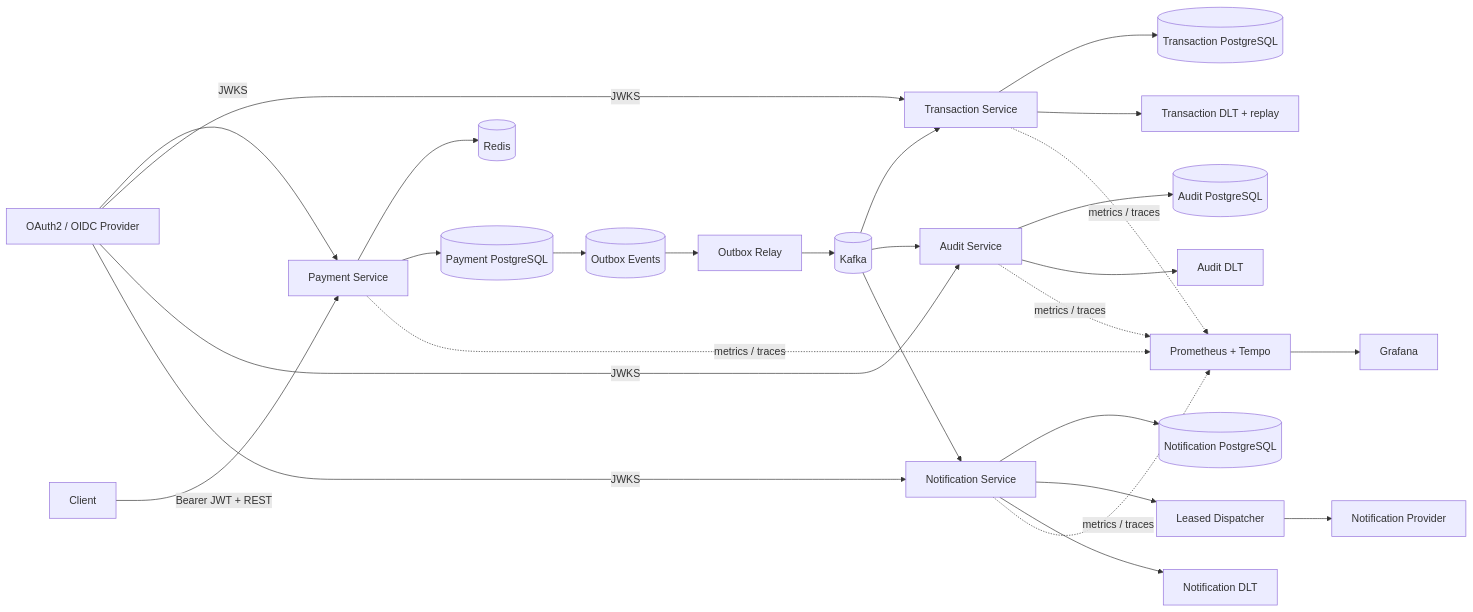
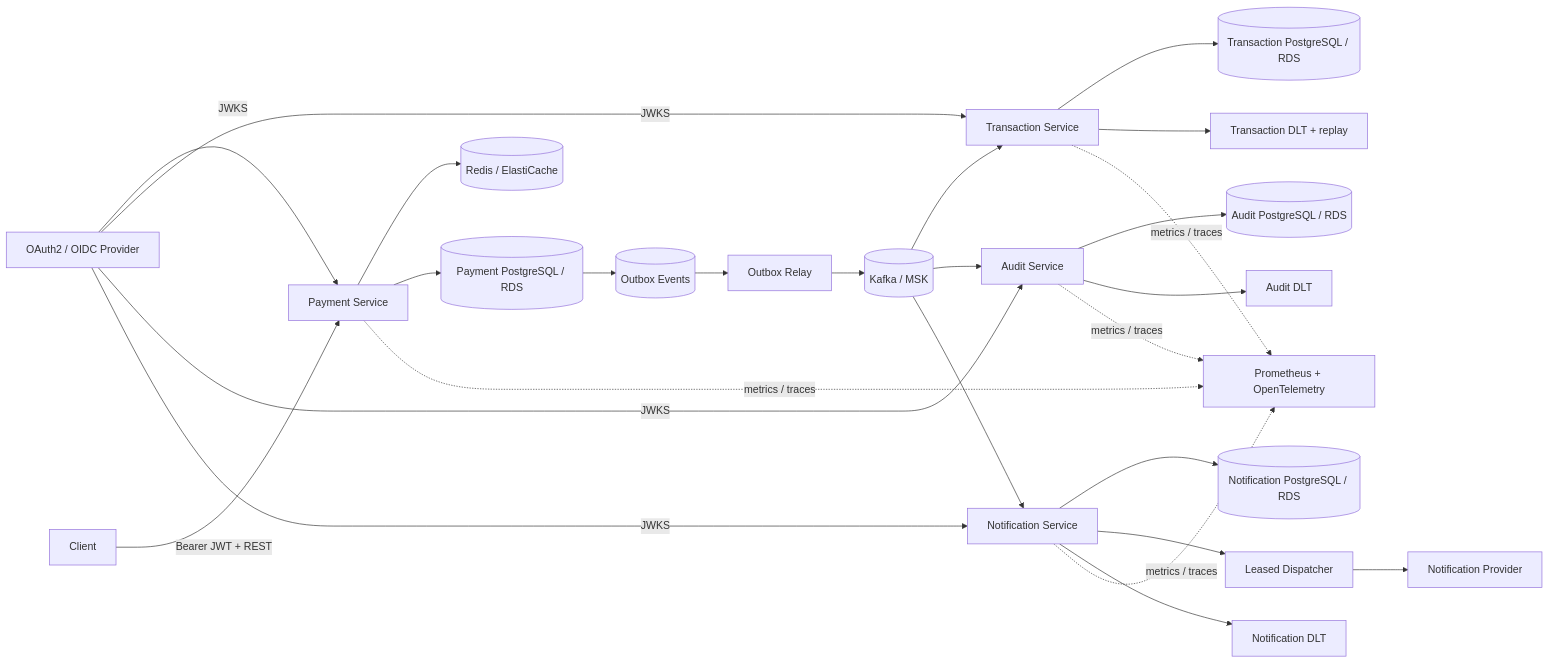
Before and after one commit to Charithaa07/Event-driven-payment-platform: the diagram in README.md, drawn with Mermaid. The commit also changed other lines of this file, not shown here.

Commit message:
docs: finalize Phase 14 AWS production architecture

````diff
--- a/README.md
+++ b/README.md
@@ -9,33 +9,32 @@
 ```mermaid
 flowchart LR
     IDP[OAuth2 / OIDC Provider] -->|JWKS| P[Payment Service]
     IDP -->|JWKS| T[Transaction Service]
     IDP -->|JWKS| A[Audit Service]
     IDP -->|JWKS| N[Notification Service]
 
     C[Client] -->|Bearer JWT + REST| P
-    P --> R[(Redis)]
-    P --> PG[(Payment PostgreSQL)]
+    P --> R[(Redis / ElastiCache)]
+    P --> PG[(Payment PostgreSQL / RDS)]
     PG --> O[(Outbox Events)]
     O --> RLY[Outbox Relay]
-    RLY --> K[(Kafka)]
+    RLY --> K[(Kafka / MSK)]
 
     K --> T
     K --> A
     K --> N
 
-    T --> TG[(Transaction PostgreSQL)]
+    T --> TG[(Transaction PostgreSQL / RDS)]
     T --> DLT[Transaction DLT + replay]
-    A --> AG[(Audit PostgreSQL)]
+    A --> AG[(Audit PostgreSQL / RDS)]
     A --> ADLT[Audit DLT]
-    N --> NG[(Notification PostgreSQL)]
+    N --> NG[(Notification PostgreSQL / RDS)]
     N --> DISP[Leased Dispatcher]
     DISP --> NP[Notification Provider]
     N --> NDLT[Notification DLT]
 
-    P -. metrics / traces .-> OBS[Prometheus + Tempo]
+    P -. metrics / traces .-> OBS[Prometheus + OpenTelemetry]
     T -. metrics / traces .-> OBS
     A -. metrics / traces .-> OBS
     N -. metrics / traces .-> OBS
-    OBS --> G[Grafana]
 ```
````
